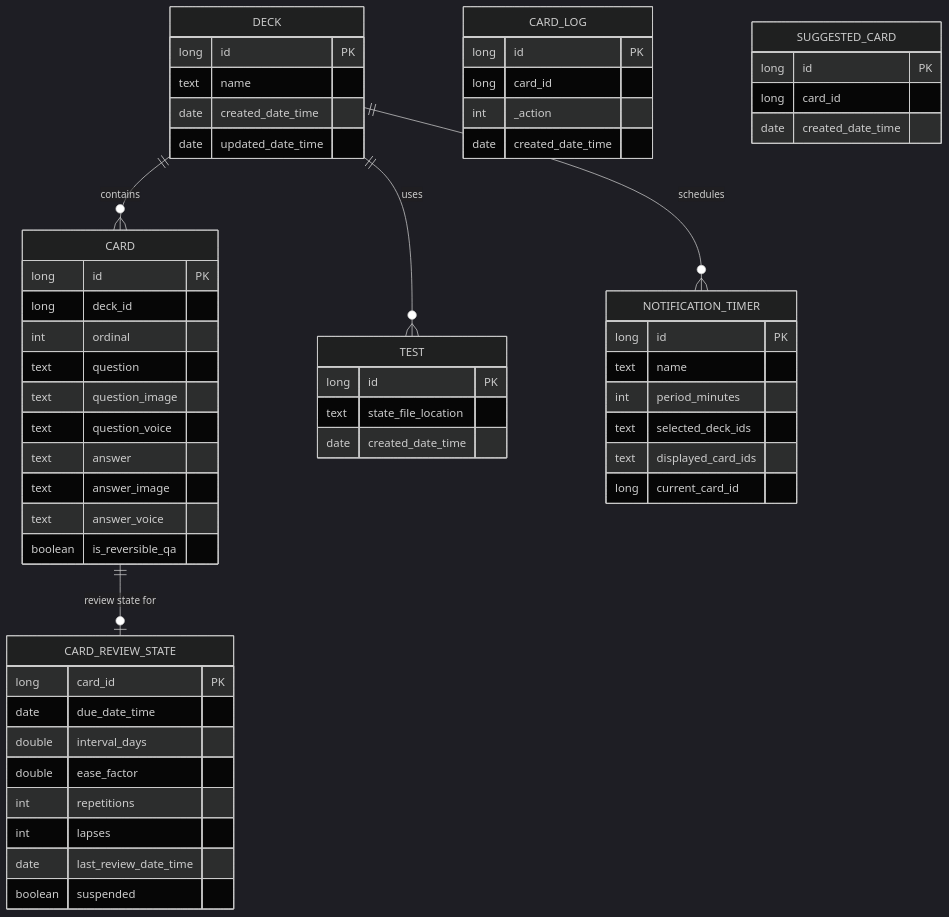
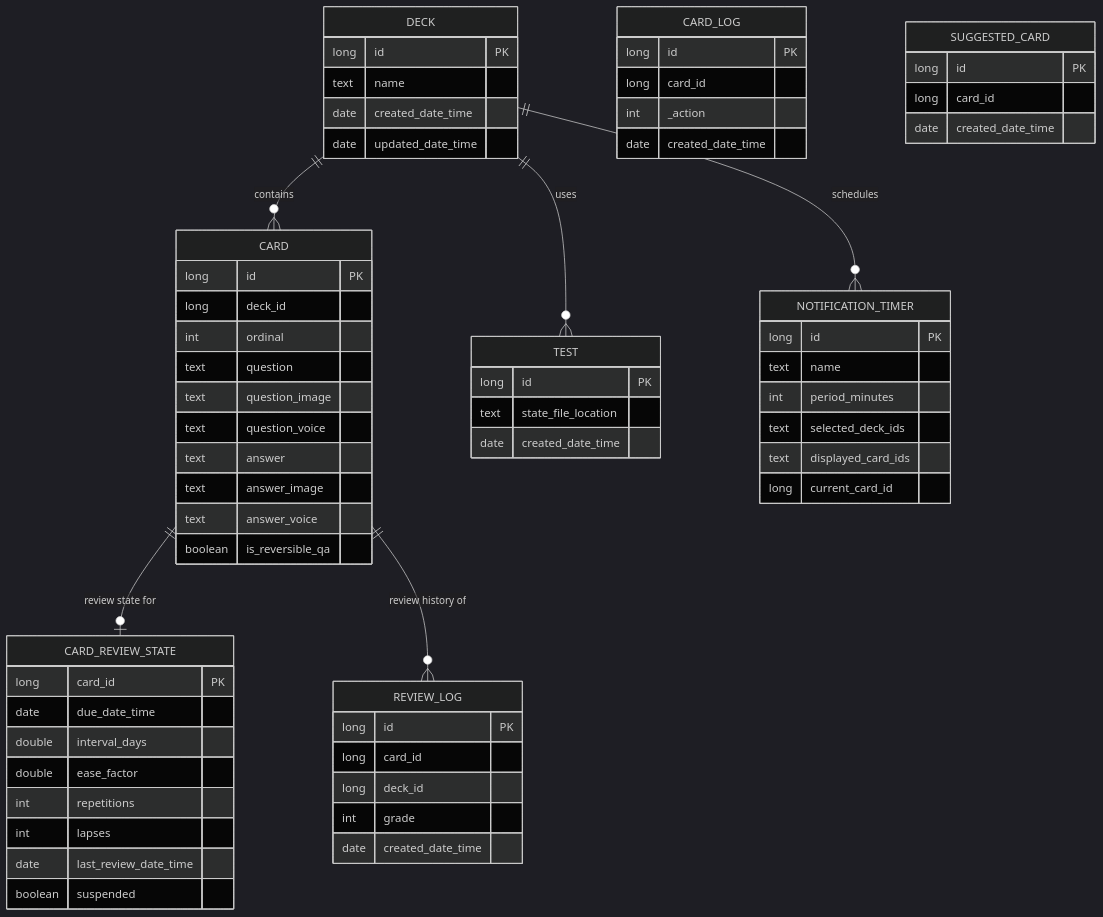
One commit to rh-id/a-flash-deck changed the fifth of 7 diagrams in README.md. Above: the diagram before and after it, drawn with Mermaid (dark theme). The commit also changed other lines of this file and 39 other files, not shown here.

First line of the commit message:
feat: add statistics page with review history

````diff
--- a/README.md
+++ b/README.md
@@ -323,66 +325,75 @@
 ```mermaid
 erDiagram
     DECK ||--o{ CARD : contains
     DECK ||--o{ TEST : uses
     DECK ||--o{ NOTIFICATION_TIMER : schedules
     CARD ||--o| CARD_REVIEW_STATE : "review state for"
+    CARD ||--o{ REVIEW_LOG : "review history of"
 
     CARD {
         long id PK
         long deck_id
         int ordinal
         text question
         text question_image
         text question_voice
         text answer
         text answer_image
         text answer_voice
         boolean is_reversible_qa
     }
 
     DECK {
         long id PK
         text name
         date created_date_time
         date updated_date_time
     }
 
     TEST {
         long id PK
         text state_file_location
         date created_date_time
     }
 
     NOTIFICATION_TIMER {
         long id PK
         text name
         int period_minutes
         text selected_deck_ids
         text displayed_card_ids
         long current_card_id
     }
 
     CARD_REVIEW_STATE {
         long card_id PK
         date due_date_time
         double interval_days
         double ease_factor
         int repetitions
         int lapses
         date last_review_date_time
         boolean suspended
     }
 
+    REVIEW_LOG {
+        long id PK
+        long card_id
+        long deck_id
+        int grade
+        date created_date_time
+    }
+
     CARD_LOG {
         long id PK
         long card_id
         int _action
         date created_date_time
     }
 
     SUGGESTED_CARD {
         long id PK
         long card_id
         date created_date_time
     }
 ```
````
